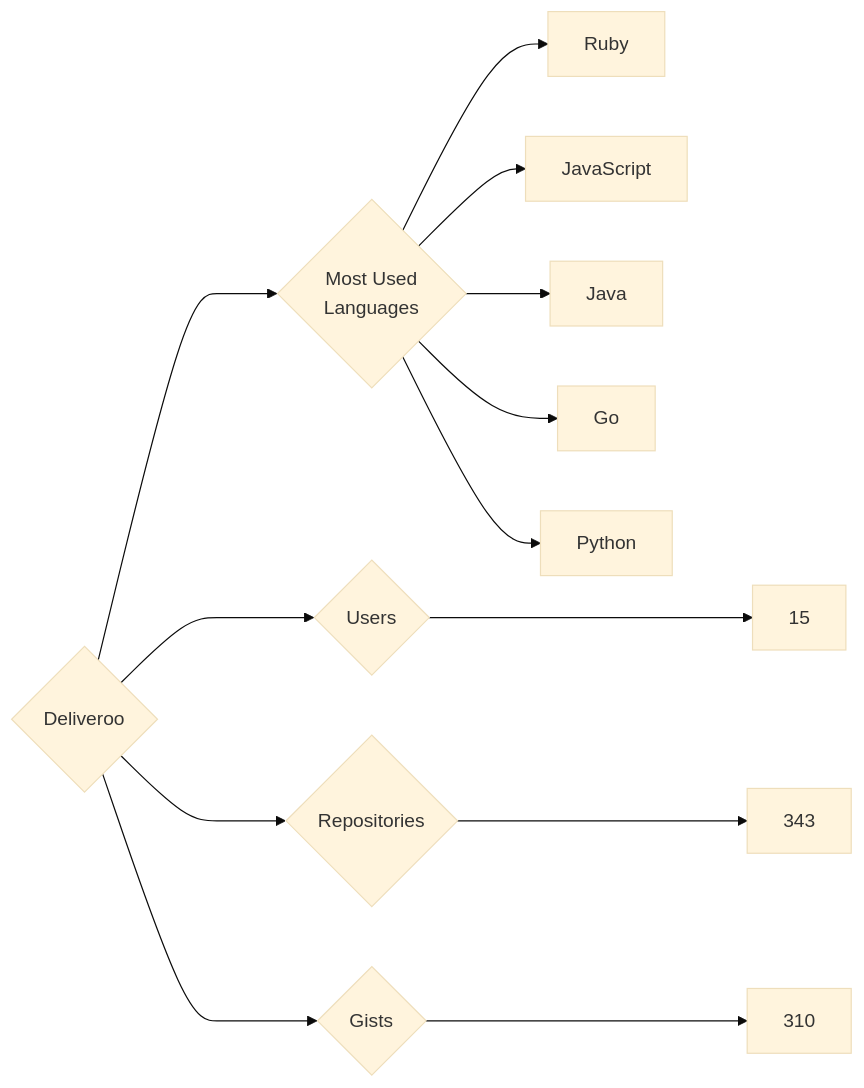
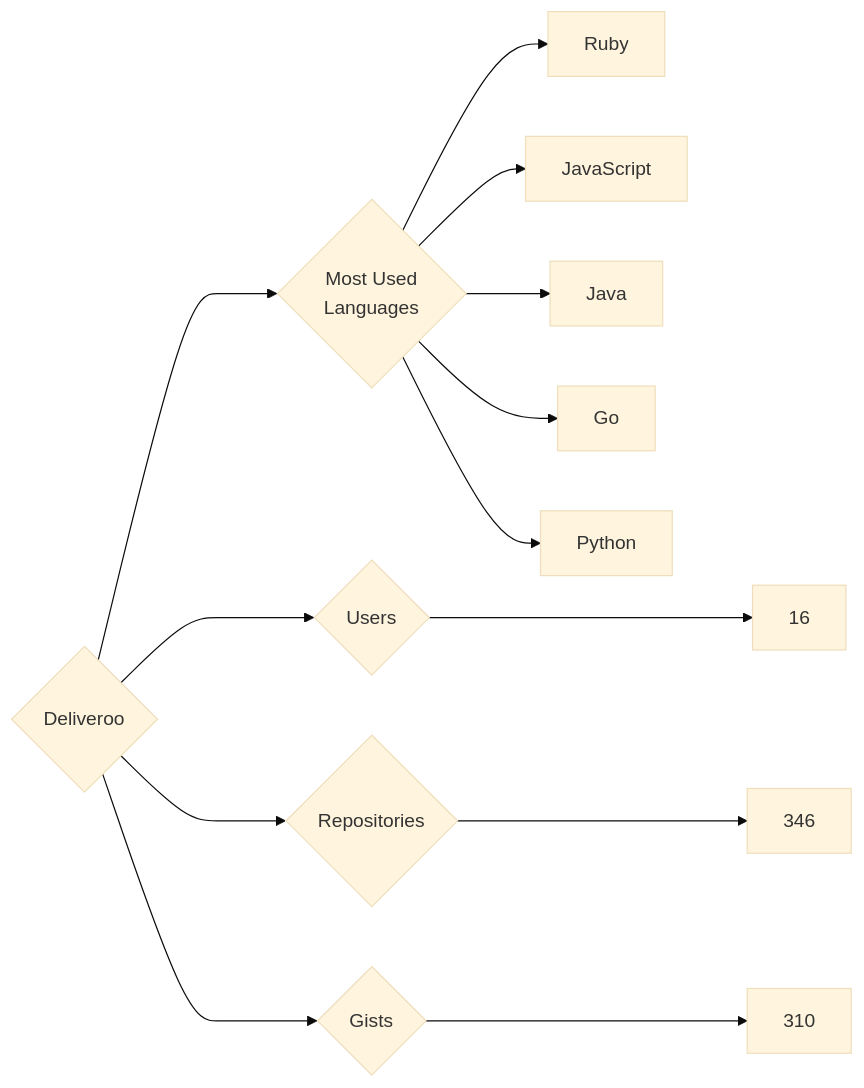
One commit to trickest/insiders changed the diagram in targets/Deliveroo/README.md. Above: the diagram before and after it, drawn with Mermaid (base theme). The commit also changed 553 other files, not shown here.

````diff
--- a/targets/Deliveroo/README.md
+++ b/targets/Deliveroo/README.md
@@ -3,13 +3,13 @@
 ```mermaid
 graph LR
 COMPANY_NAME{Deliveroo}
-COMPANY_NAME ---> U{Users} ---> UN[15]
-COMPANY_NAME ---> R{Repositories} ---> RN[343]
+COMPANY_NAME ---> U{Users} ---> UN[16]
+COMPANY_NAME ---> R{Repositories} ---> RN[346]
 COMPANY_NAME ---> G{Gists} ---> GN[310]
 COMPANY_NAME ---> ML{Most Used<br>Languages}
 ML --> Ruby[Ruby]
 ML --> JavaScript[JavaScript]
 ML --> Java[Java]
 ML --> Go[Go]
 ML --> Python[Python]
 ```
````
